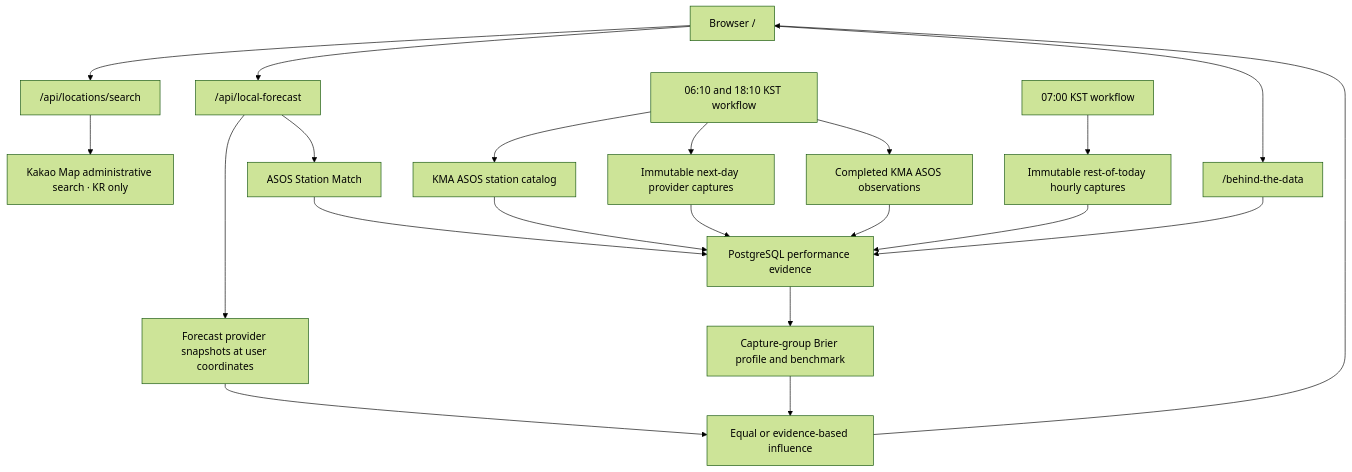
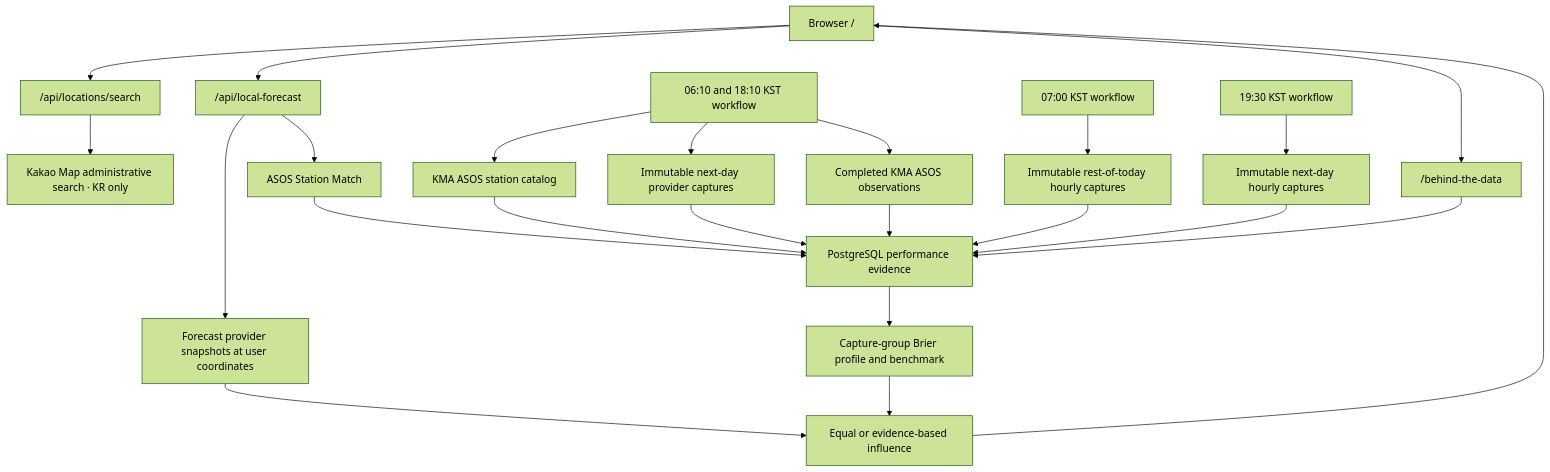
One commit to mhju0/raintoday changed the diagram in docs/FORECAST_CONTRACT.md. Above: the diagram before and after it, drawn with Mermaid (forest theme). The commit also changed other lines of this file and 27 other files, not shown here.

First line of the commit message:
feat: capture tomorrow's hourly forecasts at 19:30 KST (2.4.0) (#232)

````diff
--- a/docs/FORECAST_CONTRACT.md
+++ b/docs/FORECAST_CONTRACT.md
@@ -73,23 +75,25 @@
 ```mermaid
 flowchart TB
   Browser["Browser /"] --> Search["/api/locations/search"]
   Browser --> Local["/api/local-forecast"]
   Browser --> Behind["/behind-the-data"]
   Behind --> Database
   Search --> Geocoding["Kakao Map administrative search · KR only"]
   Local --> Providers["Forecast provider snapshots at user coordinates"]
   Local --> Match["ASOS Station Match"]
   Match --> Database["PostgreSQL performance evidence"]
   Providers --> Blend["Equal or evidence-based influence"]
   Database --> Profile["Capture-group Brier profile and benchmark"]
   Profile --> Blend
   Blend --> Browser
   Schedule["06:10 and 18:10 KST workflow"] --> Catalog["KMA ASOS station catalog"]
   Schedule --> Captures["Immutable next-day provider captures"]
   Schedule --> Observations["Completed KMA ASOS observations"]
   Morning["07:00 KST workflow"] --> Today["Immutable rest-of-today hourly captures"]
+  Evening["19:30 KST workflow"] --> Tomorrow["Immutable next-day hourly captures"]
   Today --> Database
+  Tomorrow --> Database
   Catalog --> Database
   Captures --> Database
   Observations --> Database
 ```
````
